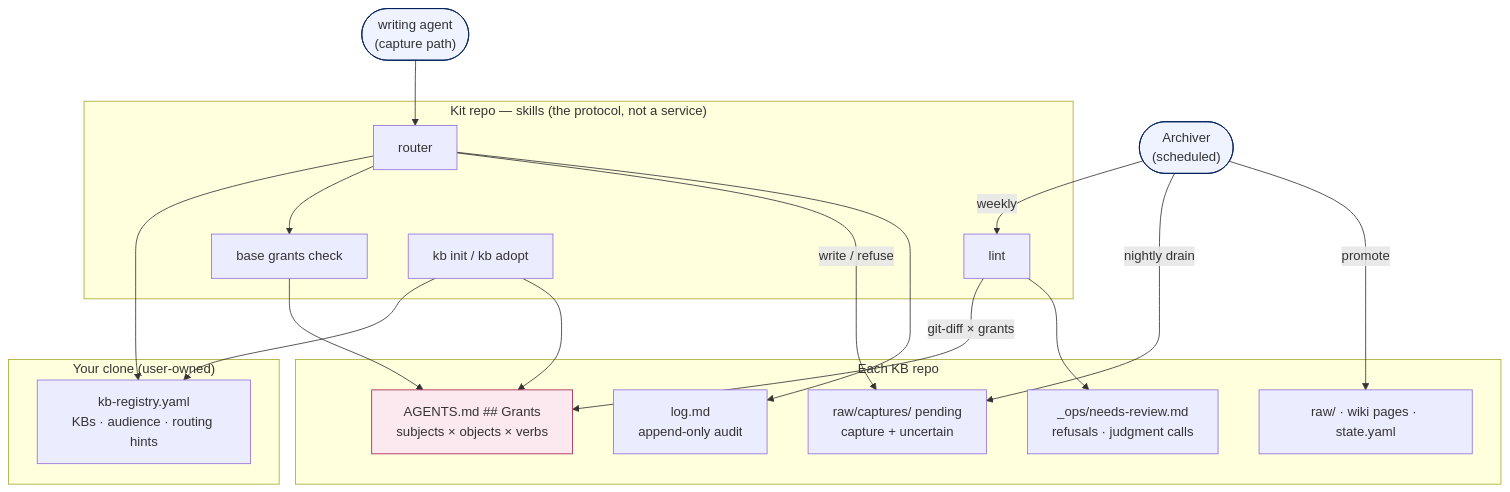
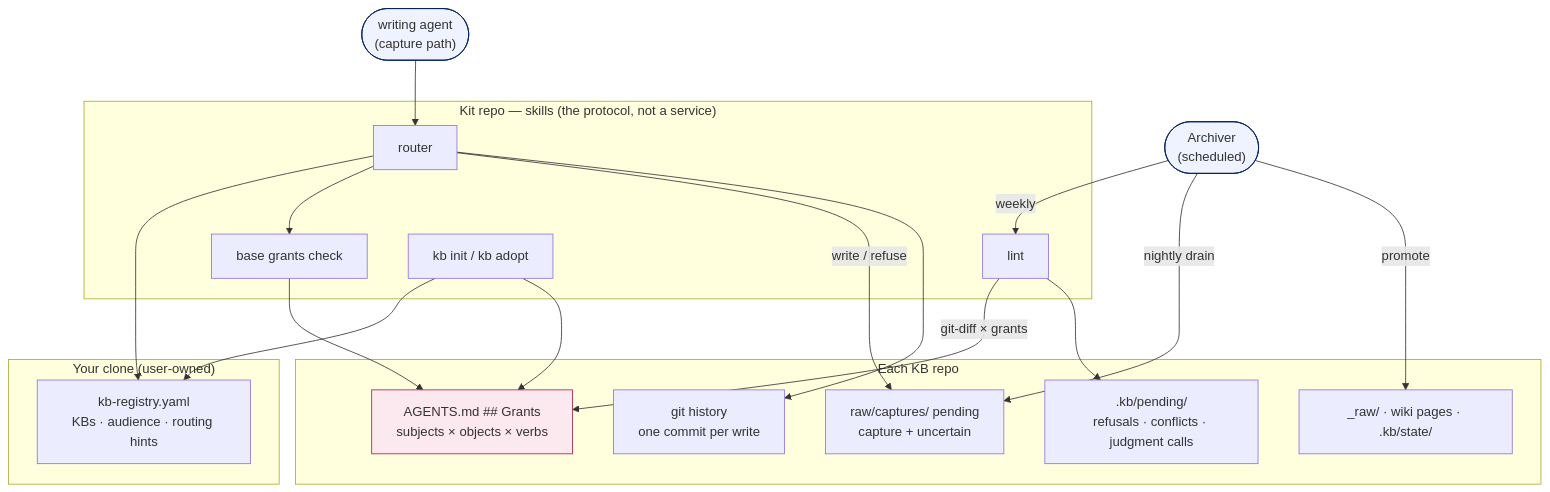
The first of 5 diagrams in design/kb-authorization.md (AlmogBaku/aos), drawn with Mermaid before and after one commit. The commit also changed other lines of this file, not shown here.

````diff
--- a/design/kb-authorization.md
+++ b/design/kb-authorization.md
@@ -59,36 +66,36 @@
 ```mermaid
 flowchart TB
     subgraph kit["Kit repo — skills (the protocol, not a service)"]
       RT["router"]
       AZ["base grants check"]
       LN["lint"]
       IA["kb init / kb adopt"]
     end
     subgraph clone["Your clone (user-owned)"]
       REG["kb-registry.yaml<br/>KBs · audience · routing hints"]
     end
     subgraph kbrepo["Each KB repo"]
       GR["AGENTS.md ## Grants<br/>subjects × objects × verbs"]
       INB["raw/captures/ pending<br/>capture + uncertain"]
-      NR["_ops/needs-review.md<br/>refusals · judgment calls"]
-      LOG["log.md<br/>append-only audit"]
-      DATA["raw/ · wiki pages · state.yaml"]
+      NR[".kb/pending/<br/>refusals · conflicts · judgment calls"]
+      LOG["git history<br/>one commit per write"]
+      DATA["_raw/ · wiki pages · .kb/state/"]
     end
     WA(["writing agent<br/>(capture path)"]) --> RT
     RT --> REG
     RT --> AZ
     AZ --> GR
     RT -->|write / refuse| INB
     RT --> LOG
     AR(["Archiver<br/>(scheduled)"]) -->|nightly drain| INB
     AR -->|weekly| LN
     LN -->|"git-diff × grants"| GR
     LN --> NR
     AR -->|promote| DATA
     IA --> REG
     IA --> GR
 
     style WA fill:#EEF3FF,stroke:#001F5C
     style AR fill:#EEF3FF,stroke:#001F5C
     style GR fill:#FCE9EF,stroke:#A61E4D
 ```
````
